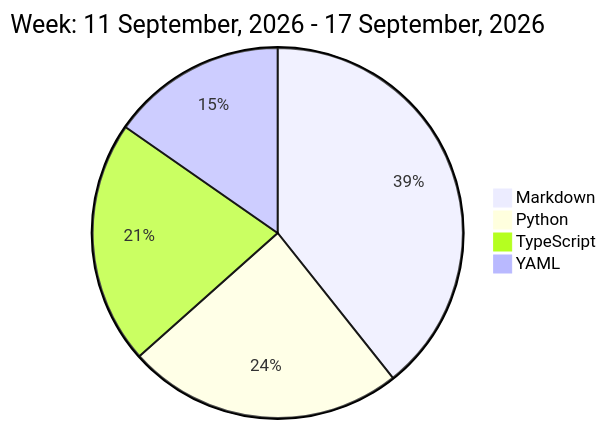
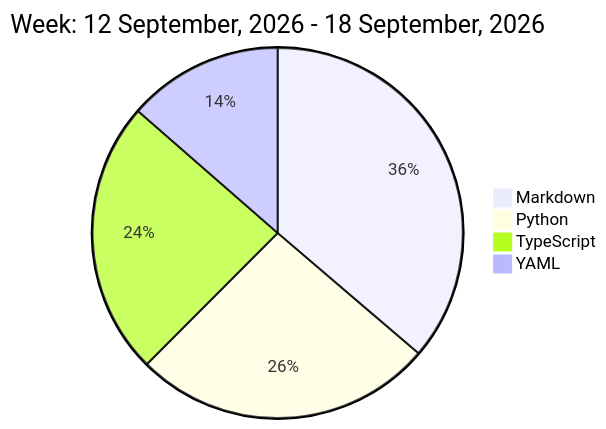
One commit to liubin95/liubin95 changed the diagram in README.md. Above: the diagram before and after it, drawn with Mermaid.

Commit message:
Updated the Graph with new Metrics

````diff
--- a/README.md
+++ b/README.md
@@ -32,8 +32,8 @@
 ```mermaid
  pie
-title Week: 11 September, 2026 - 17 September, 2026
- "Markdown" : 6.8
- "Python" : 4.17
- "TypeScript" : 3.68
- "YAML" : 2.65
+title Week: 12 September, 2026 - 18 September, 2026
+ "Markdown" : 5.42
+ "Python" : 3.92
+ "TypeScript" : 3.58
+ "YAML" : 2.03
 ```
````
